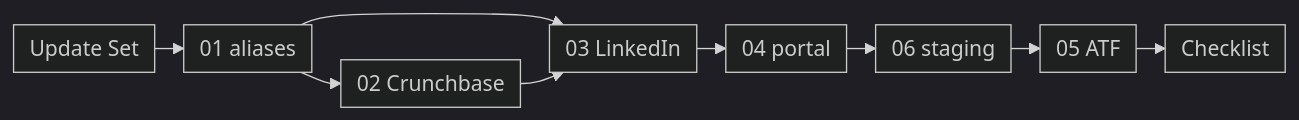
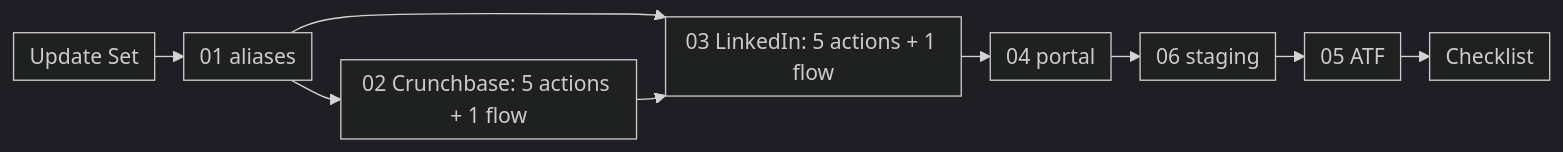
The diagram in servicenow-startup-tracker-poc/docs/manual-build-instructions.md (blitzy-public-samples/boston-startup-tracker-t28nax), drawn with Mermaid (dark theme) before and after one commit. The commit also changed other lines of this file and 29 other files, not shown here.

````diff
--- a/servicenow-startup-tracker-poc/docs/manual-build-instructions.md
+++ b/servicenow-startup-tracker-poc/docs/manual-build-instructions.md
@@ -64,12 +92,12 @@
 ```mermaid
 %%{init: {'flowchart': {'rankSpacing': 22, 'padding': 6}}}%%
 flowchart LR
     US["Update Set"] --> G01["01 aliases"]
-    G01 --> G02["02 Crunchbase"]
-    G01 --> G03["03 LinkedIn"]
+    G01 --> G02["02 Crunchbase: 5 actions + 1 flow"]
+    G01 --> G03["03 LinkedIn: 5 actions + 1 flow"]
     G02 --> G03
     G03 --> G04["04 portal"]
     G04 --> G06["06 staging"]
     G06 --> G05["05 ATF"]
     G05 --> VC["Checklist"]
 ```
````
